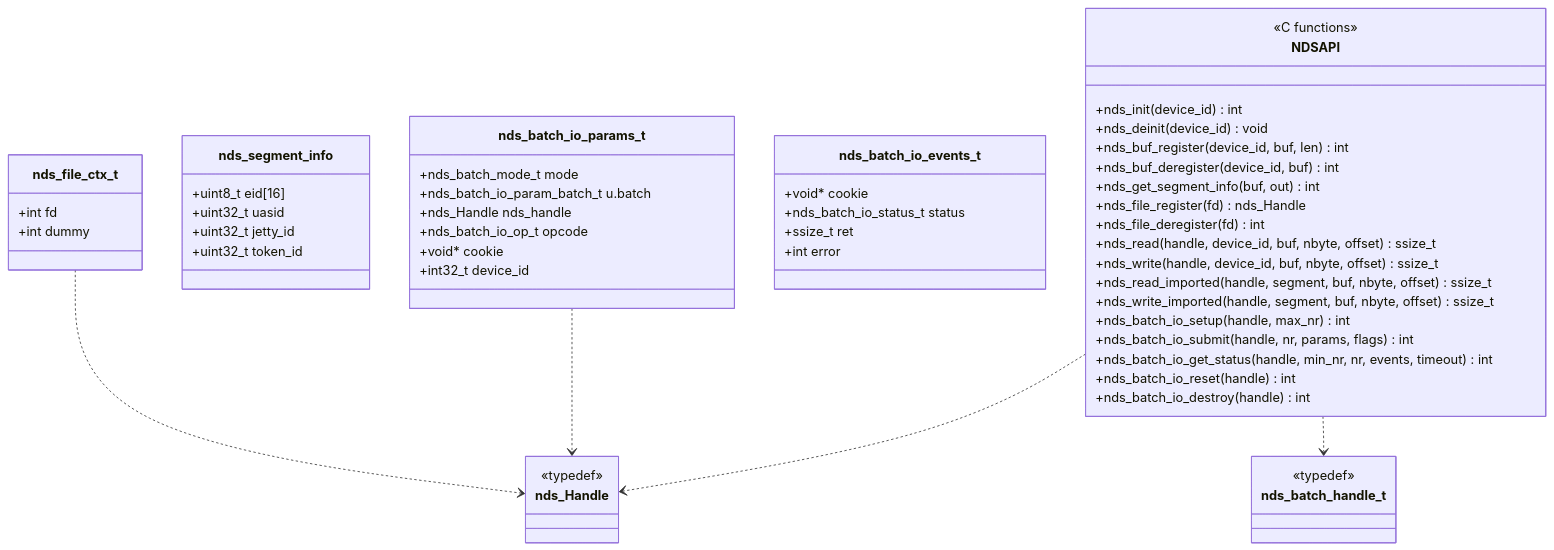
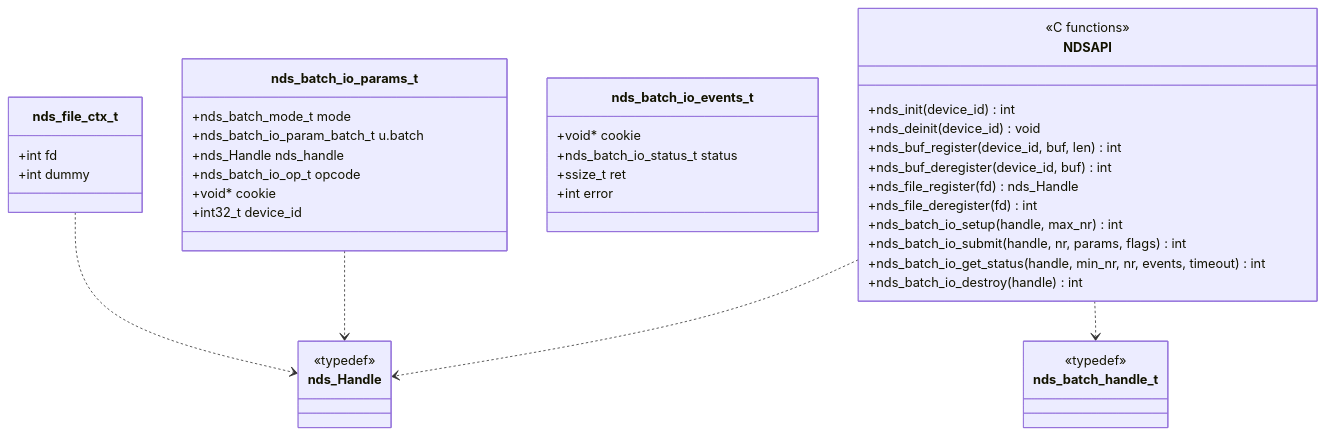
One commit to yz53665/Mooncake changed the fourth of 18 diagrams in docs/rfc-nds-nvmeof-transport-cn.md. Above: the diagram before and after it, drawn with Mermaid. The commit also changed other lines of this file, not shown here.

````diff
--- a/docs/rfc-nds-nvmeof-transport-cn.md
+++ b/docs/rfc-nds-nvmeof-transport-cn.md
@@ -210,56 +210,44 @@
 ```mermaid
 classDiagram
     class nds_file_ctx_t {
         +int fd
         +int dummy
     }
     class nds_Handle {
         <<typedef>>
     }
     class nds_batch_handle_t {
         <<typedef>>
-    }
-    class nds_segment_info {
-        +uint8_t eid[16]
-        +uint32_t uasid
-        +uint32_t jetty_id
-        +uint32_t token_id
     }
     class nds_batch_io_params_t {
         +nds_batch_mode_t mode
         +nds_batch_io_param_batch_t u.batch
         +nds_Handle nds_handle
         +nds_batch_io_op_t opcode
         +void* cookie
         +int32_t device_id
     }
     class nds_batch_io_events_t {
         +void* cookie
         +nds_batch_io_status_t status
         +ssize_t ret
         +int error
     }
     class NDSAPI {
         <<C functions>>
         +nds_init(device_id) int
         +nds_deinit(device_id) void
         +nds_buf_register(device_id, buf, len) int
         +nds_buf_deregister(device_id, buf) int
-        +nds_get_segment_info(buf, out) int
         +nds_file_register(fd) nds_Handle
         +nds_file_deregister(fd) int
-        +nds_read(handle, device_id, buf, nbyte, offset) ssize_t
-        +nds_write(handle, device_id, buf, nbyte, offset) ssize_t
-        +nds_read_imported(handle, segment, buf, nbyte, offset) ssize_t
-        +nds_write_imported(handle, segment, buf, nbyte, offset) ssize_t
         +nds_batch_io_setup(handle, max_nr) int
         +nds_batch_io_submit(handle, nr, params, flags) int
         +nds_batch_io_get_status(handle, min_nr, nr, events, timeout) int
-        +nds_batch_io_reset(handle) int
         +nds_batch_io_destroy(handle) int
     }
     nds_file_ctx_t ..> nds_Handle
     nds_batch_io_params_t ..> nds_Handle
     NDSAPI ..> nds_Handle
     NDSAPI ..> nds_batch_handle_t
 ```
````
